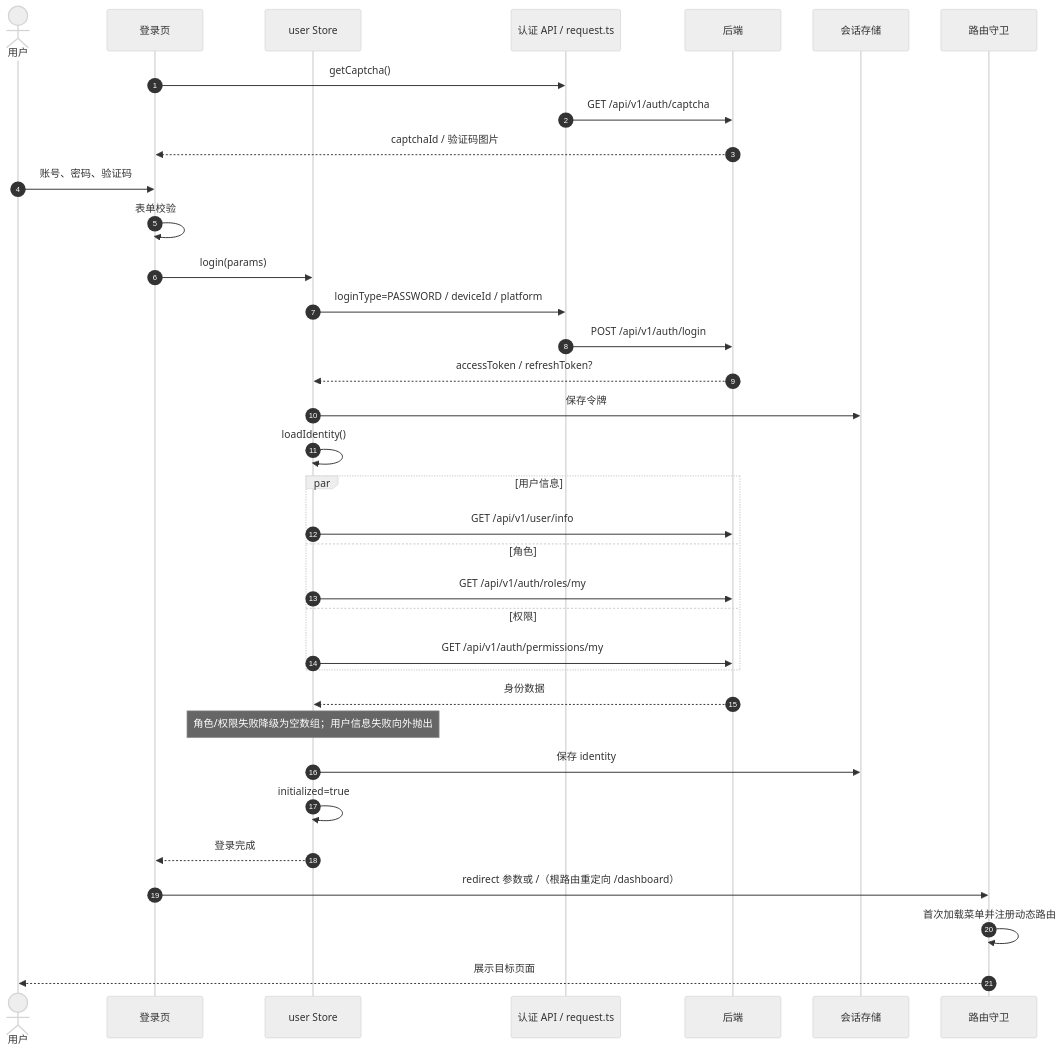
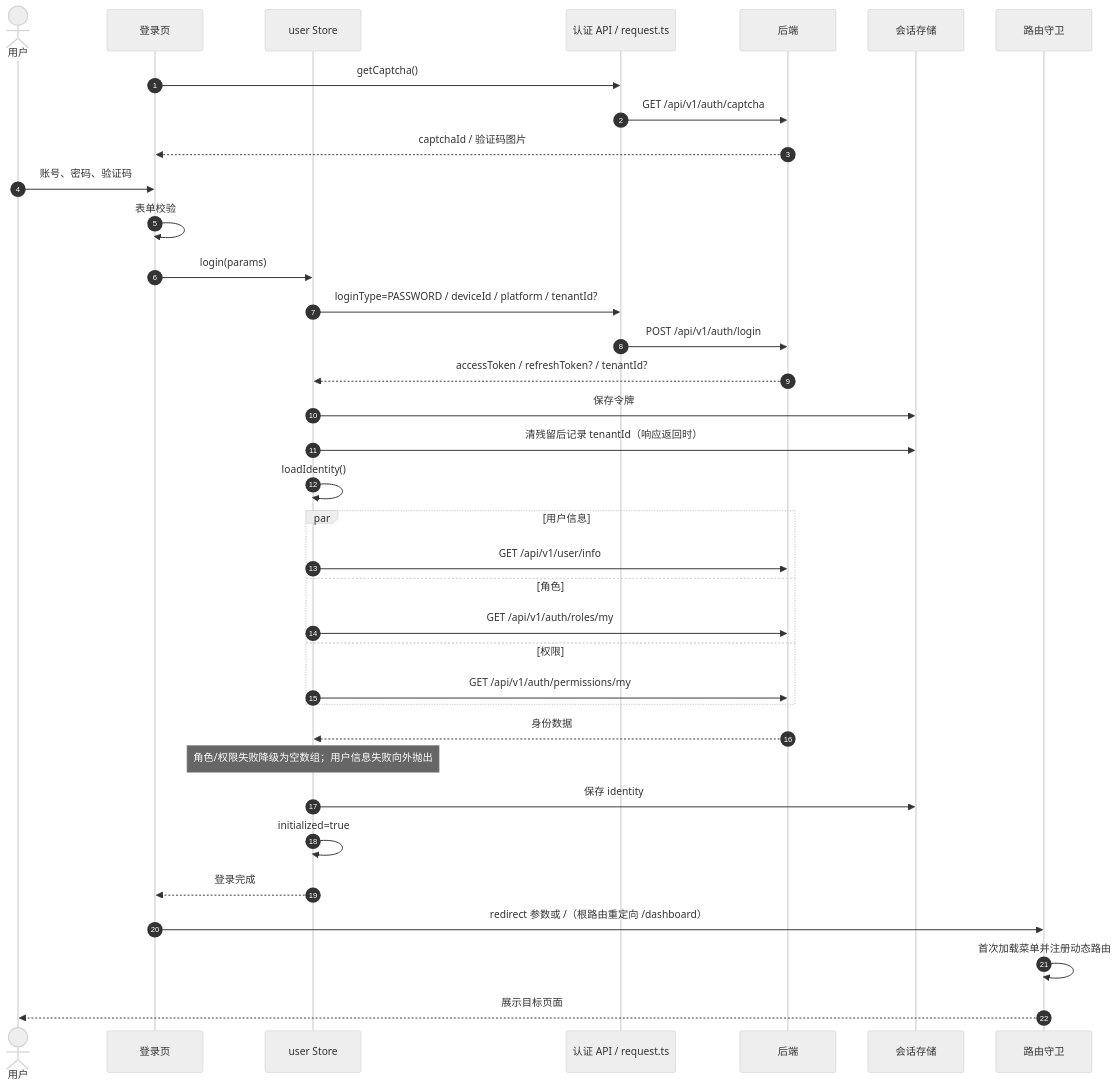
The fourth of 15 diagrams in AGENTS.md (apex-cloud-service/apex-admin-web), drawn with Mermaid (neutral theme) before and after one commit. The commit also changed other lines of this file and 55 other files, not shown here.

````diff
--- a/AGENTS.md
+++ b/AGENTS.md
@@ -155,37 +158,38 @@
 ```mermaid
 sequenceDiagram
     autonumber
     actor U as 用户
     participant V as 登录页
     participant S as user Store
     participant A as 认证 API / request.ts
     participant B as 后端
     participant L as 会话存储
     participant R as 路由守卫
     V->>A: getCaptcha()
     A->>B: GET /api/v1/auth/captcha
     B-->>V: captchaId / 验证码图片
     U->>V: 账号、密码、验证码
     V->>V: 表单校验
     V->>S: login(params)
-    S->>A: loginType=PASSWORD / deviceId / platform
+    S->>A: loginType=PASSWORD / deviceId / platform / tenantId?
     A->>B: POST /api/v1/auth/login
-    B-->>S: accessToken / refreshToken?
+    B-->>S: accessToken / refreshToken? / tenantId?
     S->>L: 保存令牌
+    S->>L: 清残留后记录 tenantId（响应返回时）
     S->>S: loadIdentity()
     par 用户信息
         S->>B: GET /api/v1/user/info
     and 角色
         S->>B: GET /api/v1/auth/roles/my
     and 权限
         S->>B: GET /api/v1/auth/permissions/my
     end
     B-->>S: 身份数据
     Note over S: 角色/权限失败降级为空数组；用户信息失败向外抛出
     S->>L: 保存 identity
     S->>S: initialized=true
     S-->>V: 登录完成
     V->>R: redirect 参数或 /（根路由重定向 /dashboard）
     R->>R: 首次加载菜单并注册动态路由
     R-->>U: 展示目标页面
 ```
````
